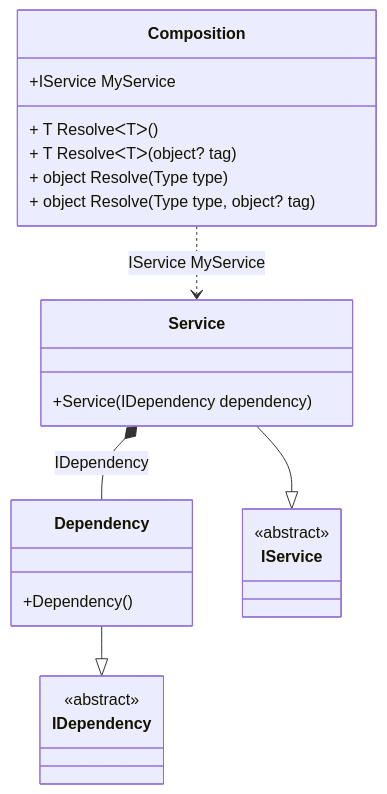
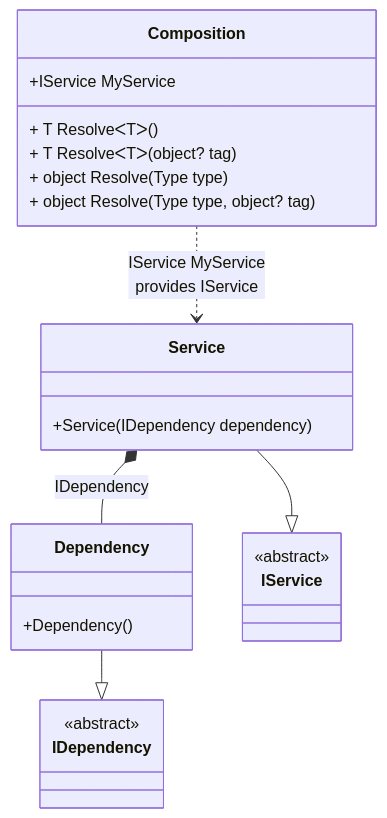
The diagram in readme/tostring-hint.md (DevTeam/Pure.DI), drawn with Mermaid before and after one commit. The commit also changed other lines of this file and 73 other files, not shown here.

````diff
--- a/readme/tostring-hint.md
+++ b/readme/tostring-hint.md
@@ -31,26 +31,26 @@
 ```mermaid
 classDiagram
   class Composition {
     +IService MyService
     + T ResolveᐸTᐳ()
     + T ResolveᐸTᐳ(object? tag)
     + object Resolve(Type type)
     + object Resolve(Type type, object? tag)
   }
   Dependency --|> IDependency : 
   class Dependency {
     +Dependency()
   }
   Service --|> IService : 
   class Service {
     +Service(IDependency dependency)
   }
   class IDependency {
     <<abstract>>
   }
   class IService {
     <<abstract>>
   }
   Service *--  Dependency : IDependency
-  Composition ..> Service : IService MyService
+  Composition ..> Service : IService MyService<br/>provides IService
 ```
````
